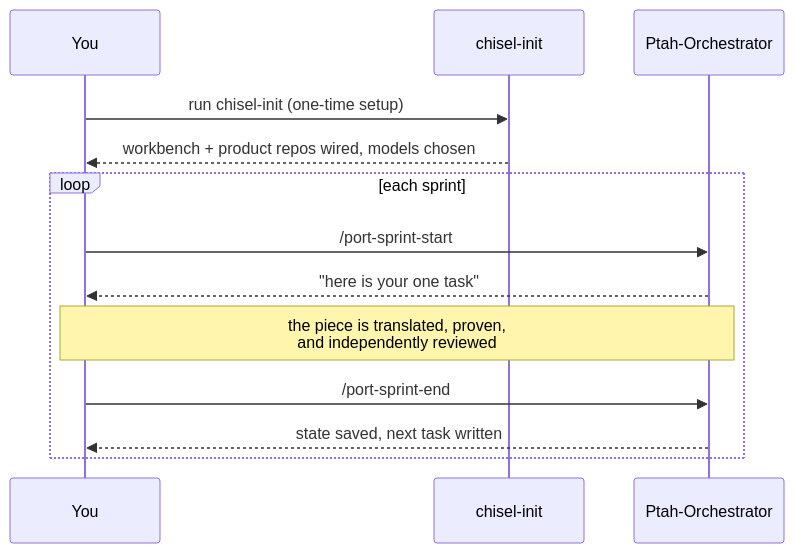
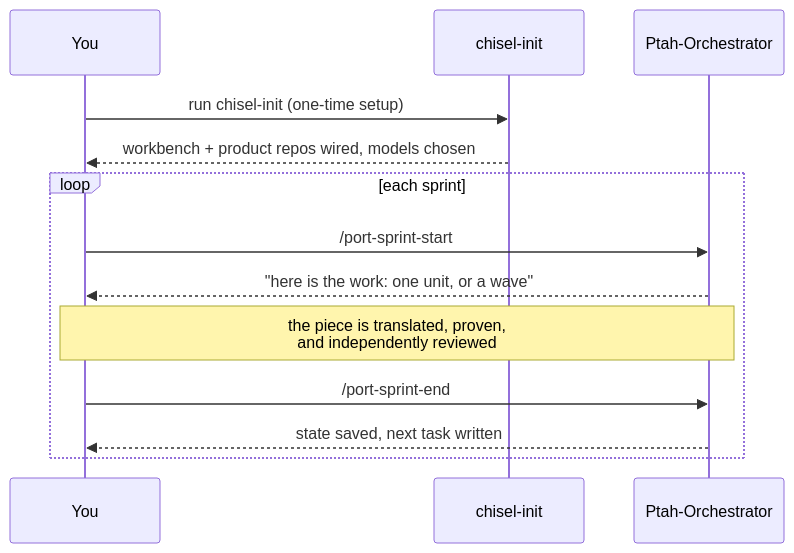
The fifth of 6 diagrams in methodology.md (ecmwf/chisel), drawn with Mermaid before and after one commit. The commit also changed other lines of this file, not shown here.

````diff
--- a/methodology.md
+++ b/methodology.md
@@ -272,15 +275,15 @@
 ```mermaid
 sequenceDiagram
   participant You
   participant Init as chisel-init
   participant Orchestrator as Ptah-Orchestrator
   You->>Init: run chisel-init (one-time setup)
   Init-->>You: workbench + product repos wired, models chosen
   loop each sprint
     You->>Orchestrator: /port-sprint-start
-    Orchestrator-->>You: "here is your one task"
+    Orchestrator-->>You: "here is the work: one unit, or a wave"
     Note over You,Orchestrator: the piece is translated, proven,<br/>and independently reviewed
     You->>Orchestrator: /port-sprint-end
     Orchestrator-->>You: state saved, next task written
   end
 ```
````
